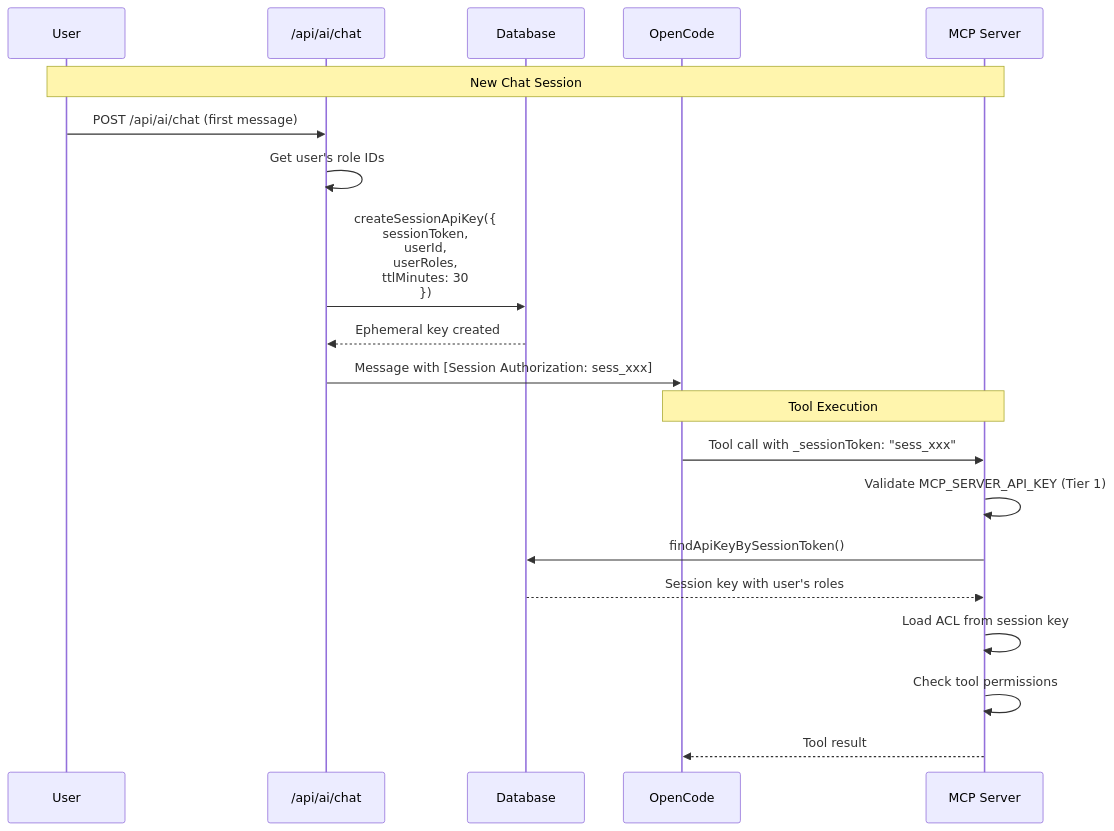
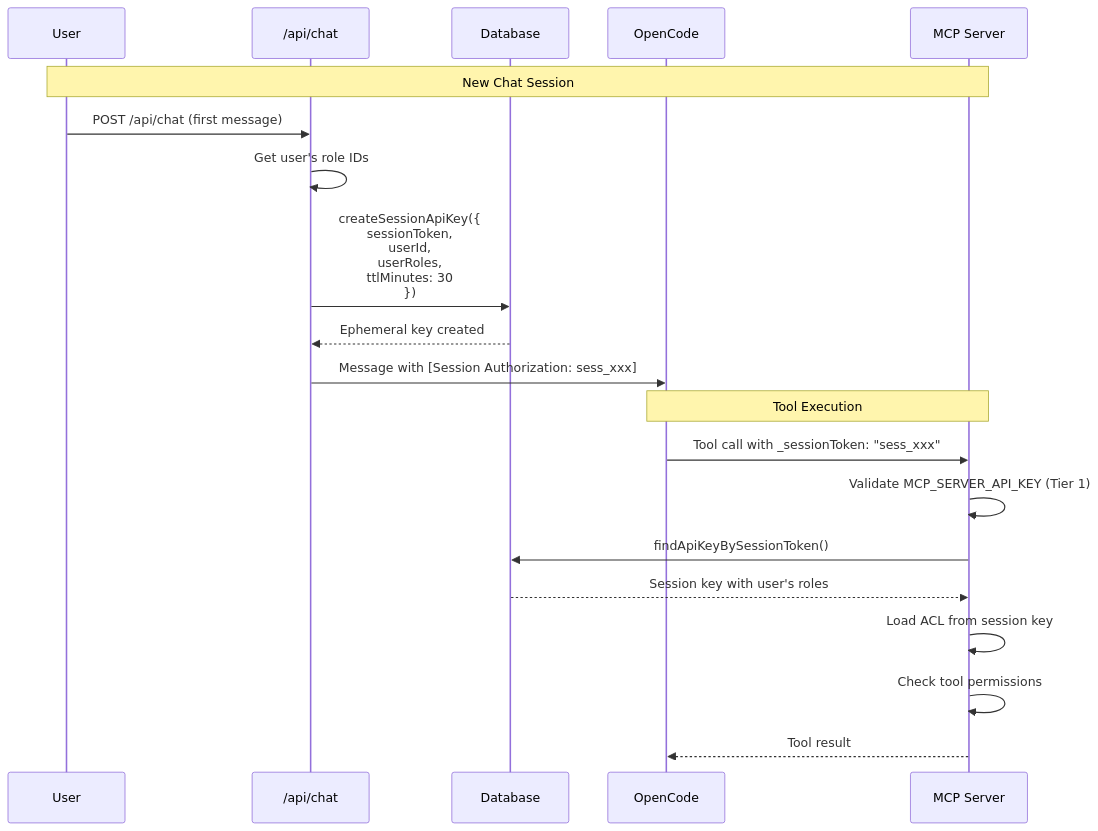
Diagram 15 of 15 in packages/ai-assistant/README.md (open-mercato/open-mercato), drawn with Mermaid before and after one commit. The commit also changed other lines of this file and 40 other files, not shown here.

````diff
--- a/packages/ai-assistant/README.md
+++ b/packages/ai-assistant/README.md
@@ -746,24 +742,24 @@
 ```mermaid
 sequenceDiagram
     participant U as User
-    participant API as /api/ai/chat
+    participant API as /api/chat
     participant DB as Database
     participant OC as OpenCode
     participant MCP as MCP Server
 
     Note over U,MCP: New Chat Session
-    U->>API: POST /api/ai/chat (first message)
+    U->>API: POST /api/chat (first message)
     API->>API: Get user's role IDs
     API->>DB: createSessionApiKey({<br/>  sessionToken,<br/>  userId,<br/>  userRoles,<br/>  ttlMinutes: 30<br/>})
     DB-->>API: Ephemeral key created
     API->>OC: Message with [Session Authorization: sess_xxx]
 
     Note over OC,MCP: Tool Execution
     OC->>MCP: Tool call with _sessionToken: "sess_xxx"
     MCP->>MCP: Validate MCP_SERVER_API_KEY (Tier 1)
     MCP->>DB: findApiKeyBySessionToken()
     DB-->>MCP: Session key with user's roles
     MCP->>MCP: Load ACL from session key
     MCP->>MCP: Check tool permissions
     MCP-->>OC: Tool result
 ```
````
